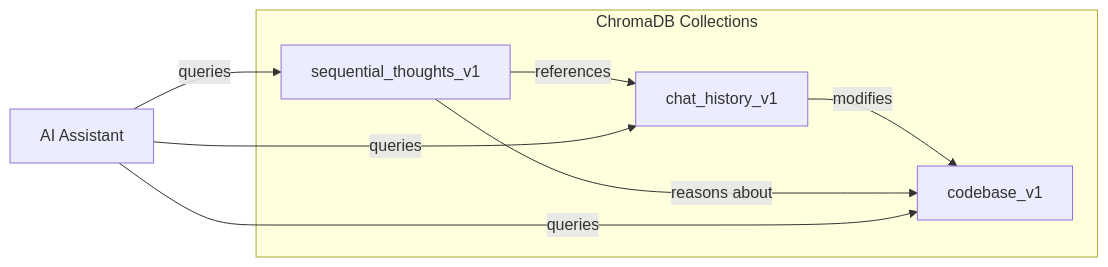
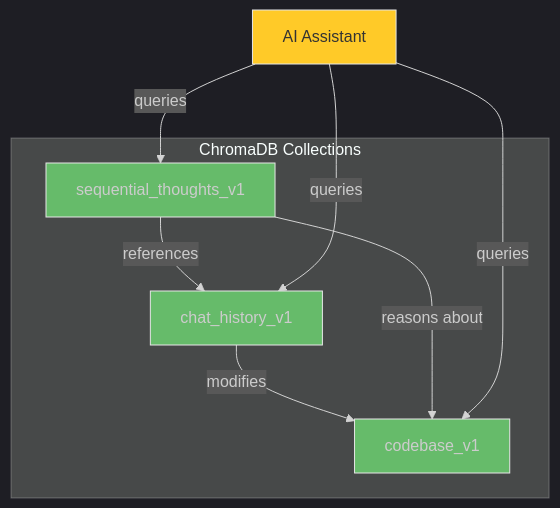
One commit to somebloke1/chroma_mcp_server changed the first of 3 diagrams in docs/thinking_tools/embeddings_and_thinking.md. Above: the diagram before and after it, drawn with Mermaid. The commit also changed other lines of this file and 8 other files, not shown here.

Commit message:
Update changelog and mermaids

````diff
--- a/docs/thinking_tools/embeddings_and_thinking.md
+++ b/docs/thinking_tools/embeddings_and_thinking.md
@@ -54,15 +54,21 @@
 ```mermaid
-graph LR
+%%{init: {'theme': 'dark'}}%%
+flowchart TD
     A[Thinking Session] -- references --> B[Chat History Entry]
     B -- modifies --> C[Code Chunk]
     A -- reasons about --> C
     D[AI Assistant] -- queries --> A
     D -- queries --> B
     D -- queries --> C
     
     subgraph "ChromaDB Collections"
         A["sequential_thoughts_v1"]
         B["chat_history_v1"]
         C["codebase_v1"]
     end
+    
+    style A fill:#66BB6A,stroke:#E6E6E6,stroke-width:1px
+    style B fill:#66BB6A,stroke:#E6E6E6,stroke-width:1px
+    style C fill:#66BB6A,stroke:#E6E6E6,stroke-width:1px
+    style D fill:#FFCA28,stroke:#E6E6E6,stroke-width:1px,color:#333333
 ```
````
